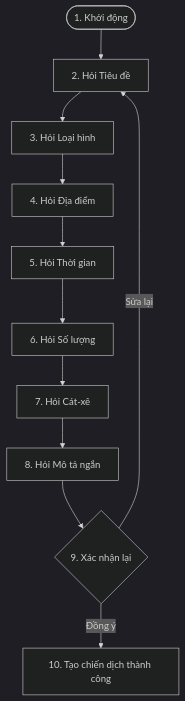
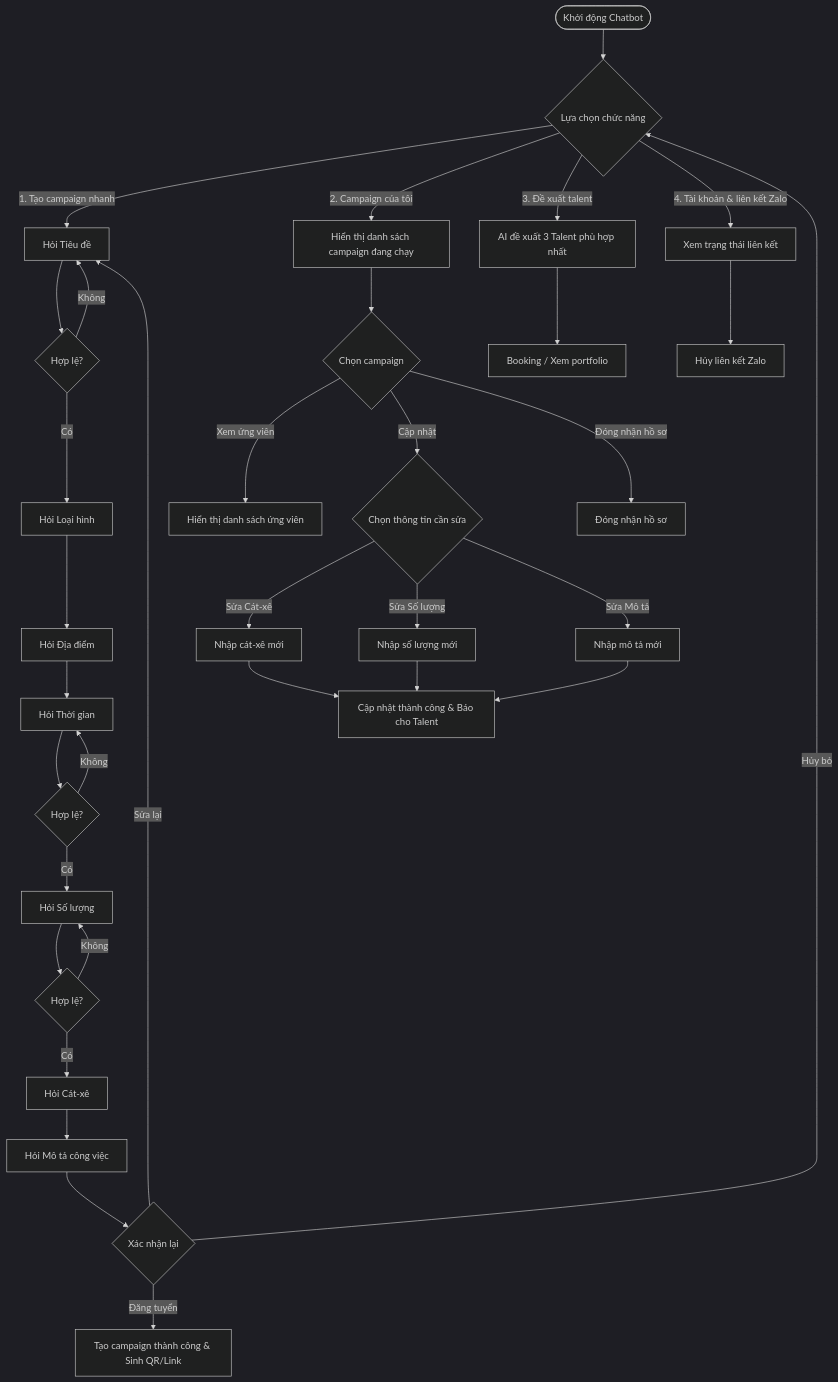
One commit to vietcuong2004/VNP2026_OnstageVN changed the diagram in docs/zalo-chatbot/campaign-creation-flow.md. Above: the diagram before and after it, drawn with Mermaid (dark theme). The commit also changed other lines of this file and 6 other files, not shown here.

Commit message:
thêm docs hội thoại thêm job, sửa một số lỗi giao diện khác

````diff
--- a/docs/zalo-chatbot/campaign-creation-flow.md
+++ b/docs/zalo-chatbot/campaign-creation-flow.md
@@ -48,13 +48,44 @@
 ```mermaid
 graph TD
-    Start([1. Khởi động]) --> AskTitle[2. Hỏi Tiêu đề]
-    AskTitle --> AskJobType[3. Hỏi Loại hình]
-    AskJobType --> AskLocation[4. Hỏi Địa điểm]
-    AskLocation --> AskDate[5. Hỏi Thời gian]
-    AskDate --> AskQuantity[6. Hỏi Số lượng]
-    AskQuantity --> AskBudget[7. Hỏi Cát-xê]
-    AskBudget --> AskDescription[8. Hỏi Mô tả ngắn]
-    AskDescription --> Confirm{9. Xác nhận lại}
-    Confirm -- Đồng ý --> CreateJob[10. Tạo chiến dịch thành công]
+    Start([Khởi động Chatbot]) --> MainMenu{Lựa chọn chức năng}
+    
+    %% Option 1: Tạo campaign nhanh
+    MainMenu -->|1. Tạo campaign nhanh| AskTitle[Hỏi Tiêu đề]
+    AskTitle --> ValidateTitle{Hợp lệ?}
+    ValidateTitle -- Không --> AskTitle
+    ValidateTitle -- Có --> AskJobType[Hỏi Loại hình]
+    AskJobType --> AskLocation[Hỏi Địa điểm]
+    AskLocation --> AskDate[Hỏi Thời gian]
+    AskDate --> ValidateDate{Hợp lệ?}
+    ValidateDate -- Không --> AskDate
+    ValidateDate -- Có --> AskQuantity[Hỏi Số lượng]
+    AskQuantity --> ValidateQty{Hợp lệ?}
+    ValidateQty -- Không --> AskQuantity
+    ValidateQty -- Có --> AskBudget[Hỏi Cát-xê]
+    AskBudget --> AskDescription[Hỏi Mô tả công việc]
+    AskDescription --> Confirm{Xác nhận lại}
+    Confirm -- Đăng tuyển --> CreateJob[Tạo campaign thành công & Sinh QR/Link]
     Confirm -- Sửa lại --> AskTitle
+    Confirm -- Hủy bỏ --> MainMenu
+
+    %% Option 2: Campaign của tôi
+    MainMenu -->|2. Campaign của tôi| ShowCampaigns[Hiển thị danh sách campaign đang chạy]
+    ShowCampaigns --> SelectCampaign{Chọn campaign}
+    SelectCampaign -->|Xem ứng viên| ShowApplicants[Hiển thị danh sách ứng viên]
+    SelectCampaign -->|Cập nhật| ChooseFieldToUpdate{Chọn thông tin cần sửa}
+    SelectCampaign -->|Đóng nhận hồ sơ| CloseCampaign[Đóng nhận hồ sơ]
+    
+    ChooseFieldToUpdate -->|Sửa Cát-xê| EditBudget[Nhập cát-xê mới]
+    ChooseFieldToUpdate -->|Sửa Số lượng| EditQty[Nhập số lượng mới]
+    ChooseFieldToUpdate -->|Sửa Mô tả| EditDesc[Nhập mô tả mới]
+    
+    EditBudget & EditQty & EditDesc --> UpdateSuccess[Cập nhật thành công & Báo cho Talent]
+    
+    %% Option 3: Đề xuất talent
+    MainMenu -->|3. Đề xuất talent| GetAIPositions[AI đề xuất 3 Talent phù hợp nhất]
+    GetAIPositions --> BookingTalent[Booking / Xem portfolio]
+
+    %% Option 4: Tài khoản & liên kết Zalo
+    MainMenu -->|4. Tài khoản & liên kết Zalo| ShowAccountStatus[Xem trạng thái liên kết]
+    ShowAccountStatus --> Unlink[Hủy liên kết Zalo]
 ```
````
